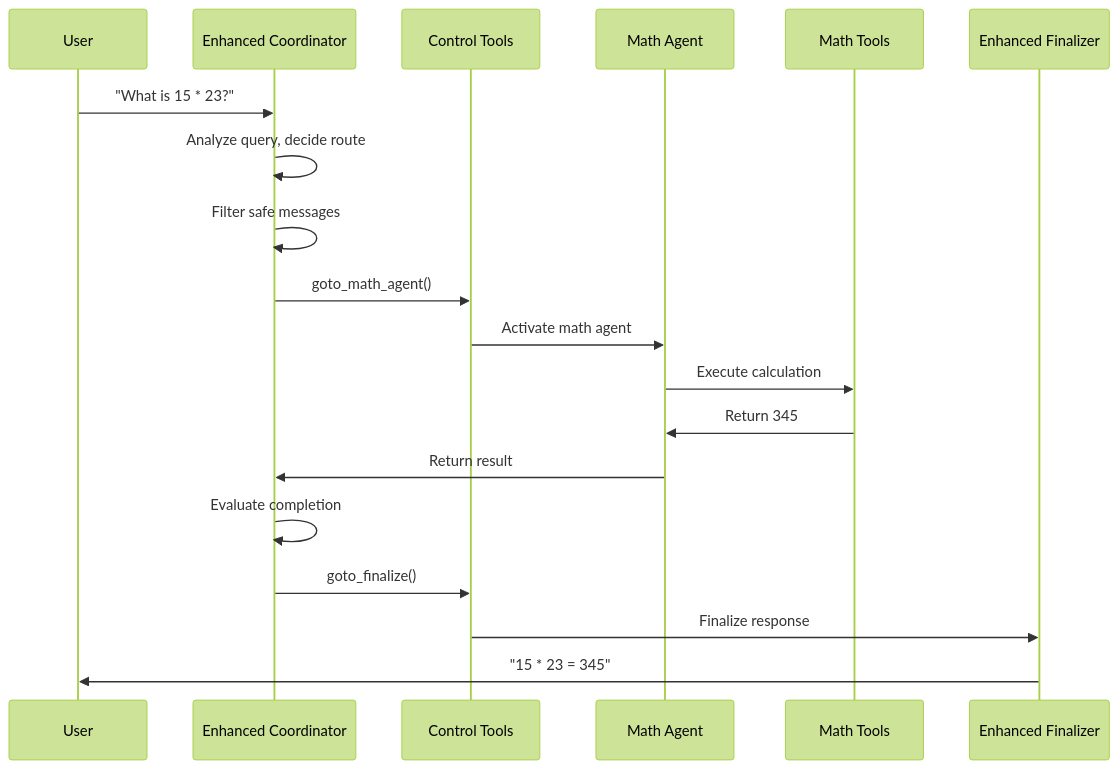
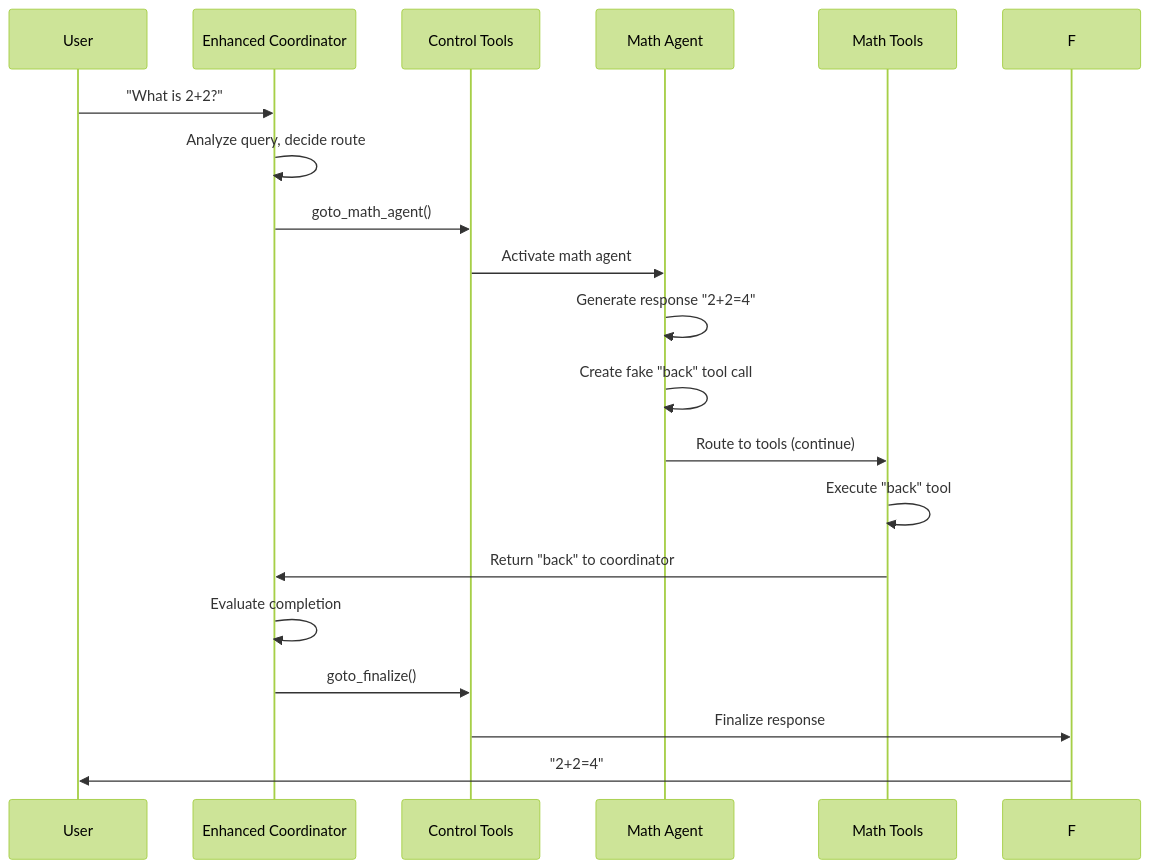
One commit to jonaskahn/cadence changed the eighth of 9 diagrams in docs/concepts/langgraph-architecture.md. Above: the diagram before and after it, drawn with Mermaid (forest theme). The commit also changed other lines of this file and 41 other files, not shown here.

````diff
--- a/docs/concepts/langgraph-architecture.md
+++ b/docs/concepts/langgraph-architecture.md
@@ -859,22 +456,22 @@
 ```mermaid
 sequenceDiagram
     participant U as User
     participant C as Enhanced Coordinator
     participant CT as Control Tools
     participant MA as Math Agent
     participant MT as Math Tools
-    participant F as Enhanced Finalizer
     
-    U->>C: "What is 15 * 23?"
+    U->>C: "What is 2+2?"
     C->>C: Analyze query, decide route
-    C->>C: Filter safe messages
     C->>CT: goto_math_agent()
     CT->>MA: Activate math agent
-    MA->>MT: Execute calculation
-    MT->>MA: Return 345
-    MA->>C: Return result
+    MA->>MA: Generate response "2+2=4"
+    MA->>MA: Create fake "back" tool call
+    MA->>MT: Route to tools (continue)
+    MT->>MT: Execute "back" tool
+    MT->>C: Return "back" to coordinator
     C->>C: Evaluate completion
     C->>CT: goto_finalize()
     CT->>F: Finalize response
-    F->>U: "15 * 23 = 345"
+    F->>U: "2+2=4"
 ```
````
